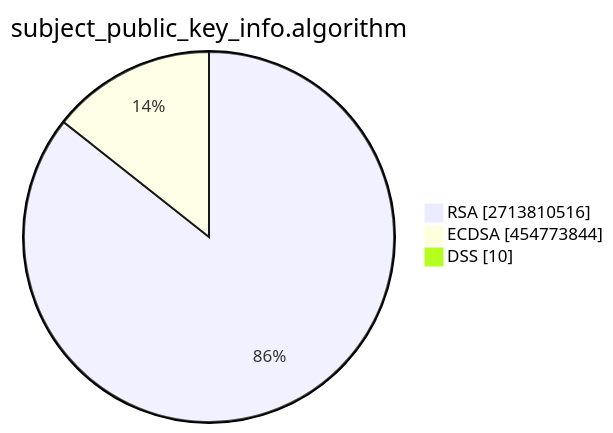
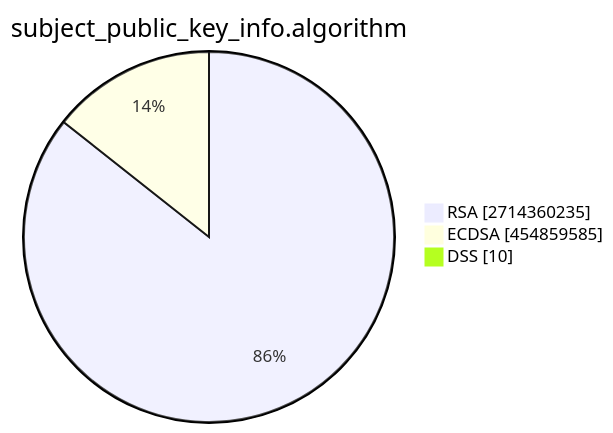
One commit to christiankrug/ctmonitor_visualization changed the second of 15 diagrams in TOTAL/README.md. Above: the diagram before and after it, drawn with Mermaid. The commit also changed other lines of this file, not shown here.

````diff
--- a/TOTAL/README.md
+++ b/TOTAL/README.md
@@ -6,7 +6,7 @@
 ```mermaid
 pie showData
 title subject_public_key_info.algorithm
-"RSA" :2713810516
-"ECDSA" :454773844
+"RSA" :2714360235
+"ECDSA" :454859585
 "DSS" :10
 ```
````
